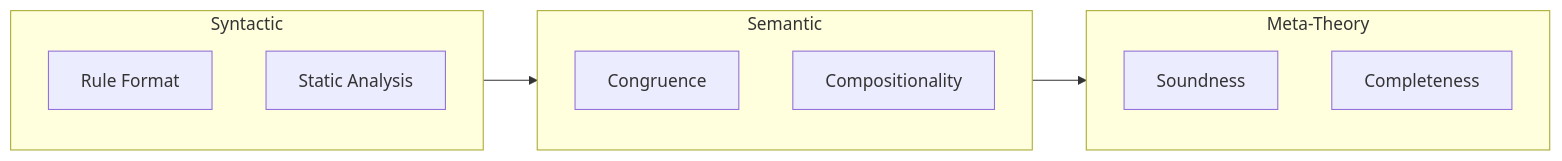
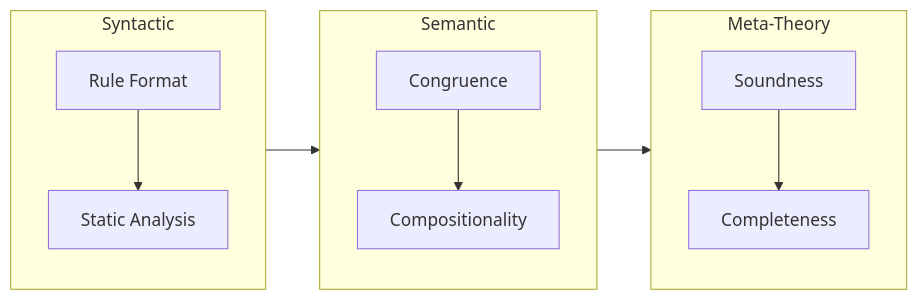
The eighth of 9 diagrams in process-algebra-verifier/docs/theory.md (yshaaban/pa), drawn with Mermaid before and after one commit. The commit also changed other lines of this file, not shown here.

First line of the commit message:
fix: enhance theory.md diagrams with internal relationships

````diff
--- a/process-algebra-verifier/docs/theory.md
+++ b/process-algebra-verifier/docs/theory.md
@@ -205,19 +214,25 @@
 ```mermaid
 graph LR
     subgraph Syntax[Syntactic]
+        direction TB
         Format[Rule Format]
         Static[Static Analysis]
+        Format --> Static
     end
 
     subgraph Semantic[Semantic]
+        direction TB
         Congr[Congruence]
         Comp[Compositionality]
+        Congr --> Comp
     end
 
     subgraph Meta[Meta-Theory]
+        direction TB
         Sound[Soundness]
         Complete[Completeness]
+        Sound --> Complete
     end
 
     Syntax --> Semantic --> Meta
 ```
````
